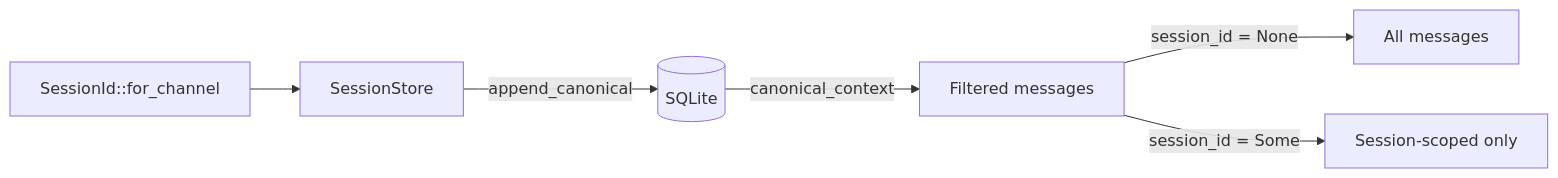
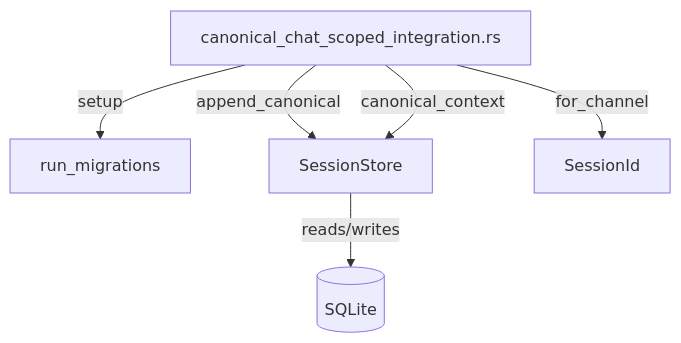
One commit to leszek3737/librefang-WIki changed the diagram in other-librefang-memory-tests.md. Above: the diagram before and after it, drawn with Mermaid. The commit also changed other lines of this file and 98 other files, not shown here.

````diff
--- a/other-librefang-memory-tests.md
+++ b/other-librefang-memory-tests.md
@@ -26,8 +65,8 @@
 ```mermaid
-flowchart LR
-    A[SessionId::for_channel] --> B[SessionStore]
-    B -->|append_canonical| C[(SQLite)]
-    C -->|canonical_context| D[Filtered messages]
-    D -->|session_id = None| E[All messages]
-    D -->|session_id = Some| F[Session-scoped only]
+graph TD
+    T[canonical_chat_scoped_integration.rs] -->|setup| M[run_migrations]
+    T -->|append_canonical| S[SessionStore]
+    T -->|canonical_context| S
+    T -->|for_channel| SID[SessionId]
+    S -->|reads/writes| DB[(SQLite)]
 ```
````
